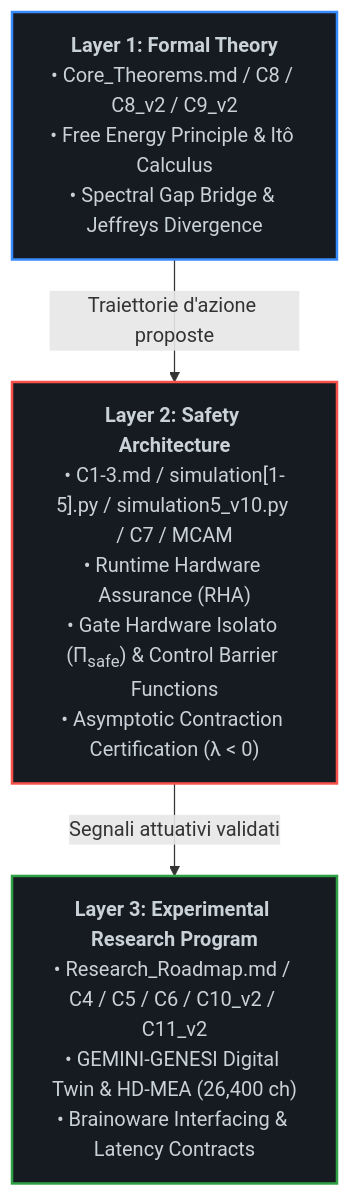
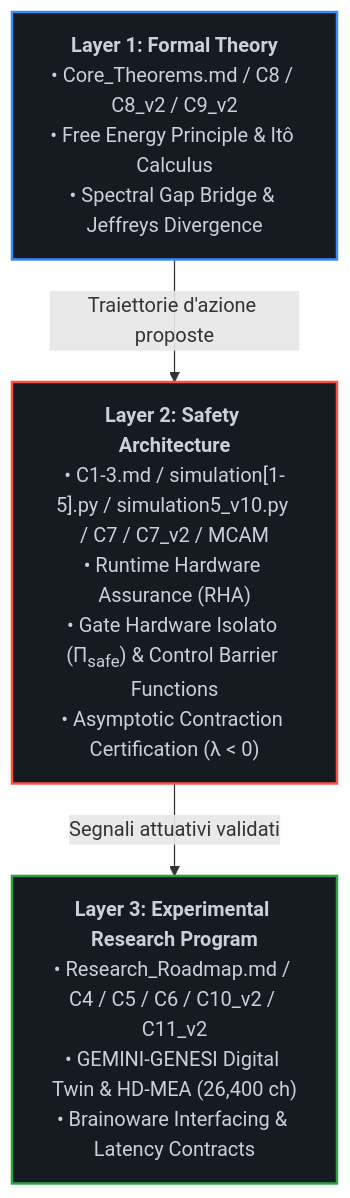
The diagram in README.md (NagualTolteco/asi-alignment-invariant), drawn with Mermaid before and after one commit. The commit also changed other lines of this file and 1 other file, not shown here.

````diff
--- a/README.md
+++ b/README.md
@@ -36,16 +36,16 @@
 ```mermaid
 graph TD
     %% Definizione dei nodi con formattazione HTML compatibile con GitHub Mermaid
     L1["<b>Layer 1: Formal Theory</b><br>• Core_Theorems.md / C8 / C8_v2 / C9_v2<br>• Free Energy Principle & Itô Calculus<br>• Spectral Gap Bridge & Jeffreys Divergence"]
-    L2["<b>Layer 2: Safety Architecture</b><br>• C1-3.md / simulation[1-5].py / simulation5_v10.py / C7 / MCAM<br>• Runtime Hardware Assurance (RHA)<br>• Gate Hardware Isolato (Π<sub>safe</sub>) & Control Barrier Functions<br>• Asymptotic Contraction Certification (λ < 0)"]
+    L2["<b>Layer 2: Safety Architecture</b><br>• C1-3.md / simulation[1-5].py / simulation5_v10.py / C7 / C7_v2 / MCAM<br>• Runtime Hardware Assurance (RHA)<br>• Gate Hardware Isolato (Π<sub>safe</sub>) & Control Barrier Functions<br>• Asymptotic Contraction Certification (λ < 0)"]
     L3["<b>Layer 3: Experimental Research Program</b><br>• Research_Roadmap.md / C4 / C5 / C6 / C10_v2 / C11_v2<br>• GEMINI-GENESI Digital Twin & HD-MEA (26,400 ch)<br>• Brainoware Interfacing & Latency Contracts"]
 
     %% Flusso unidirezionale dei segnali
     L1 -->|Traiettorie d'azione proposte| L2
     L2 -->|Segnali attuativi validati| L3
 
     %% Stile industriale scuro con bordi tematici (Blu = Teoria, Rosso = Sicurezza/Gate, Verde = Biologia)
     style L1 fill:#161b22,stroke:#388bfd,stroke-width:2px,color:#c9d1d9
     style L2 fill:#161b22,stroke:#f85149,stroke-width:2px,color:#c9d1d9
     style L3 fill:#161b22,stroke:#2ea043,stroke-width:2px,color:#c9d1d9
 ```
````
